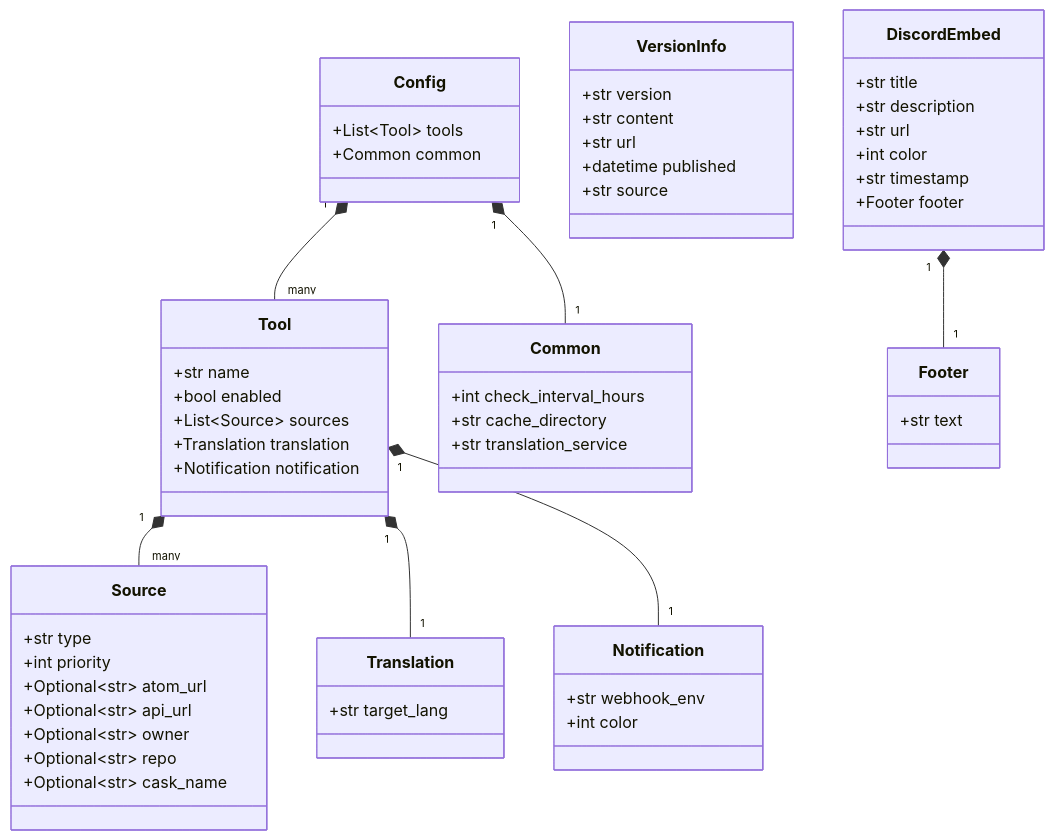
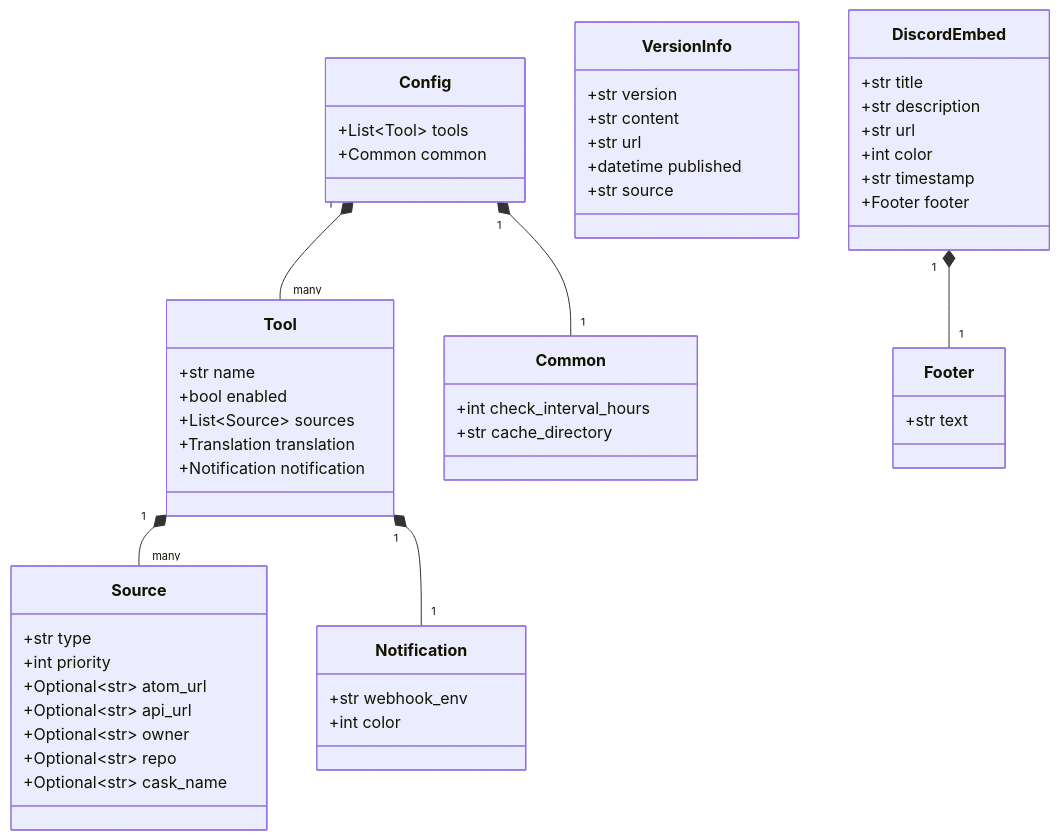
One commit to rysk-tanaka/devtools-release-notifier changed the second of 4 diagrams in docs/class-diagram.md. Above: the diagram before and after it, drawn with Mermaid. The commit also changed 2 other files, not shown here.

Commit message:
refactor: remove translation config to unify with GitHub Actions integration

````diff
--- a/docs/class-diagram.md
+++ b/docs/class-diagram.md
@@ -72,68 +72,62 @@
 ```mermaid
 classDiagram
     class Config {
         +List~Tool~ tools
         +Common common
     }
 
     class Tool {
         +str name
         +bool enabled
         +List~Source~ sources
         +Translation translation
         +Notification notification
     }
 
     class Source {
         +str type
         +int priority
         +Optional~str~ atom_url
         +Optional~str~ api_url
         +Optional~str~ owner
         +Optional~str~ repo
         +Optional~str~ cask_name
     }
 
-    class Translation {
-        +str target_lang
-    }
-
     class Notification {
         +str webhook_env
         +int color
     }
 
     class Common {
         +int check_interval_hours
         +str cache_directory
-        +str translation_service
     }
 
     class VersionInfo {
         +str version
         +str content
         +str url
         +datetime published
         +str source
     }
 
     class DiscordEmbed {
         +str title
         +str description
         +str url
         +int color
         +str timestamp
         +Footer footer
     }
 
     class Footer {
         +str text
     }
 
     Config "1" *-- "many" Tool
     Config "1" *-- "1" Common
     Tool "1" *-- "many" Source
-    Tool "1" *-- "1" Translation
     Tool "1" *-- "1" Notification
     DiscordEmbed "1" *-- "1" Footer
 ```
````
